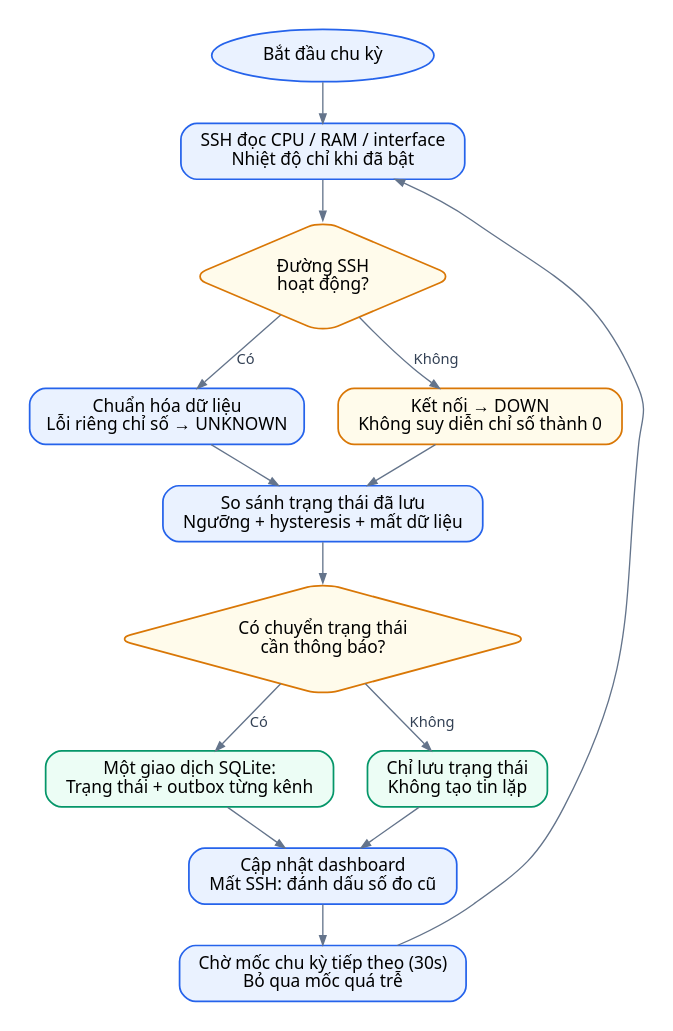
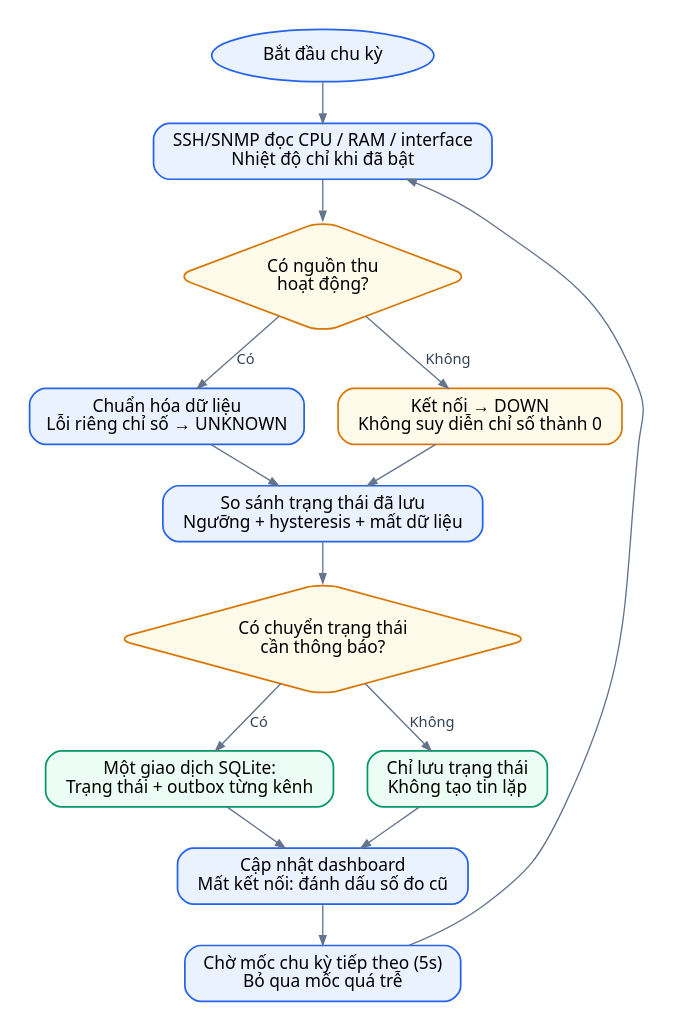
The diagram in docs/diagrams/source/04-luong-thu-thap.dot (tunato2807-del/qtmnc), drawn with Graphviz before and after one commit. The commit also changed 68 other files, not shown here.

Commit message:
Rebuild monitoring project for GNS3 SSH SNMP lab with detailed Windows guide

```diff
--- a/docs/diagrams/source/04-luong-thu-thap.dot
+++ b/docs/diagrams/source/04-luong-thu-thap.dot
@@ -1,24 +1,24 @@
 digraph G {
  graph [rankdir=TB,bgcolor="white",pad=".2",nodesep=".35",ranksep=".4",fontname="Noto Sans",fontsize=16];
  node [shape=box,style="rounded,filled",fillcolor="#eaf2ff",color="#2563eb",fontname="Noto Sans",fontsize=13,margin=".18,.1",penwidth=1.3];
  edge [fontname="Noto Sans",fontsize=11,color="#64748b",fontcolor="#334155",arrowsize=.7];
  start [shape=oval,label="Bắt đầu chu kỳ"];
- read [label="SSH đọc CPU / RAM / interface\nNhiệt độ chỉ khi đã bật"];
- connected [shape=diamond,label="Đường SSH\nhoạt động?",fillcolor="#fffbeb",color="#d97706"];
+ read [label="SSH/SNMP đọc CPU / RAM / interface\nNhiệt độ chỉ khi đã bật"];
+ connected [shape=diamond,label="Có nguồn thu\nhoạt động?",fillcolor="#fffbeb",color="#d97706"];
  parse [label="Chuẩn hóa dữ liệu\nLỗi riêng chỉ số → UNKNOWN"];
  down [label="Kết nối → DOWN\nKhông suy diễn chỉ số thành 0",fillcolor="#fffbeb",color="#d97706"];
  evaluate [label="So sánh trạng thái đã lưu\nNgưỡng + hysteresis + mất dữ liệu"];
  change [shape=diamond,label="Có chuyển trạng thái\ncần thông báo?",fillcolor="#fffbeb",color="#d97706"];
  tx [label="Một giao dịch SQLite:\nTrạng thái + outbox từng kênh",fillcolor="#ecfdf5",color="#059669"];
  state [label="Chỉ lưu trạng thái\nKhông tạo tin lặp",fillcolor="#ecfdf5",color="#059669"];
- ui [label="Cập nhật dashboard\nMất SSH: đánh dấu số đo cũ"];
- wait [label="Chờ mốc chu kỳ tiếp theo (30s)\nBỏ qua mốc quá trễ"];
+ ui [label="Cập nhật dashboard\nMất kết nối: đánh dấu số đo cũ"];
+ wait [label="Chờ mốc chu kỳ tiếp theo (5s)\nBỏ qua mốc quá trễ"];
  start -> read -> connected;
  connected -> parse [label="Có"]; connected -> down [label="Không"];
  parse -> evaluate; down -> evaluate;
  evaluate -> change;
  change -> tx [label="Có"]; change -> state [label="Không"];
  tx -> ui; state -> ui;
  ui -> wait;
  wait -> read [constraint=false];
 }
```
